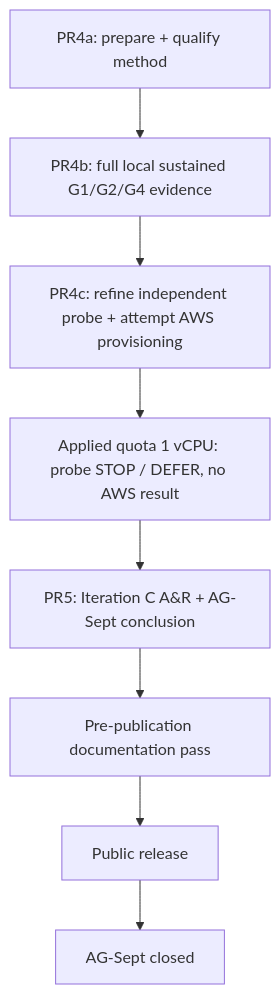
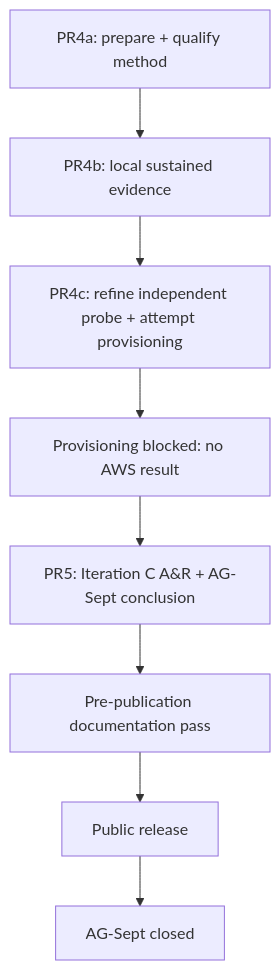
Before and after one commit to nancysworld/alloca-go: the diagram in docs/planning/ag-sept-plan.md, drawn with Mermaid. The commit also changed other lines of this file, not shown here.

````diff
--- a/docs/planning/ag-sept-plan.md
+++ b/docs/planning/ag-sept-plan.md
@@ -482,10 +398,10 @@
 ```mermaid
 flowchart TD
-    A[PR4a: prepare + qualify method] --> B[PR4b: full local sustained G1/G2/G4 evidence]
-    B --> C[PR4c: refine independent probe + attempt AWS provisioning]
-    C --> D[Applied quota 1 vCPU: probe STOP / DEFER, no AWS result]
+    A[PR4a: prepare + qualify method] --> B[PR4b: local sustained evidence]
+    B --> C[PR4c: refine independent probe + attempt provisioning]
+    C --> D[Provisioning blocked: no AWS result]
     D --> E[PR5: Iteration C A&R + AG-Sept conclusion]
     E --> F[Pre-publication documentation pass]
     F --> G[Public release]
     G --> H[AG-Sept closed]
 ```
````
